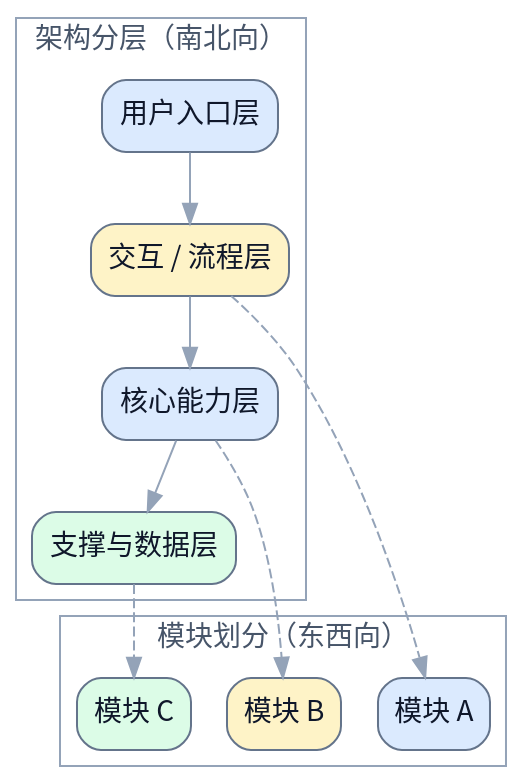
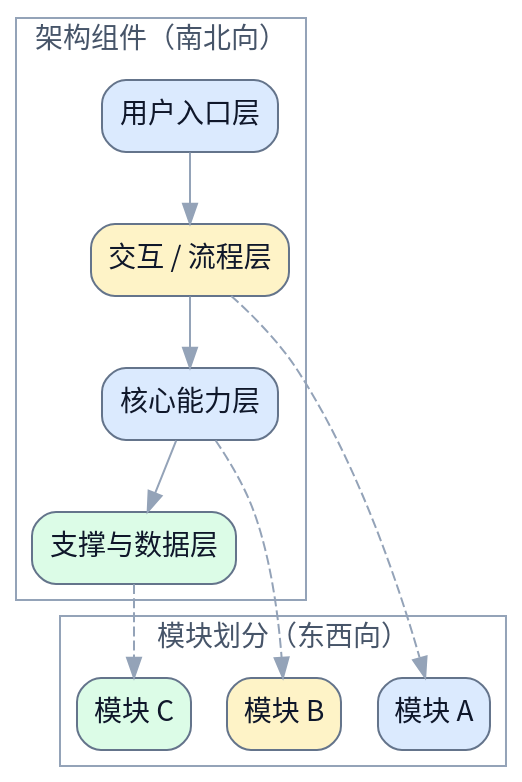
The second of 2 diagrams in skills/write-doc/modes/spec/templates/product-spec-template.md (terencefan/inority-workspace), drawn with Graphviz before and after one commit. The commit also changed other lines of this file and 25 other files, not shown here.

````diff
--- a/skills/write-doc/modes/spec/templates/product-spec-template.md
+++ b/skills/write-doc/modes/spec/templates/product-spec-template.md
@@ -86,32 +65,32 @@
 ```dot
 digraph ArchitectureOverview {
   rankdir=TB;
   graph [bgcolor="transparent", fontname="Noto Sans CJK SC"];
   node [fontname="Noto Sans CJK SC", shape=box, style="rounded,filled", color="#64748b", fontcolor="#0f172a", fillcolor="#f8fafc"];
   edge [fontname="Noto Sans CJK SC", color="#94a3b8", fontcolor="#94a3b8"];
 
   subgraph cluster_ns {
-    label="架构分层（南北向）";
+    label="架构组件（南北向）";
     color="#94a3b8";
     fontcolor="#475569";
     user [label="用户入口层", fillcolor="#dbeafe"];
     interaction [label="交互 / 流程层", fillcolor="#fef3c7"];
     capability [label="核心能力层", fillcolor="#dbeafe"];
     support [label="支撑与数据层", fillcolor="#dcfce7"];
     user -> interaction -> capability -> support;
   }
 
   subgraph cluster_ew {
     label="模块划分（东西向）";
     color="#94a3b8";
     fontcolor="#475569";
     moduleA [label="模块 A", fillcolor="#dbeafe"];
     moduleB [label="模块 B", fillcolor="#fef3c7"];
     moduleC [label="模块 C", fillcolor="#dcfce7"];
   }
 
   interaction -> moduleA [style=dashed];
   capability -> moduleB [style=dashed];
   support -> moduleC [style=dashed];
 }
 ```
````
